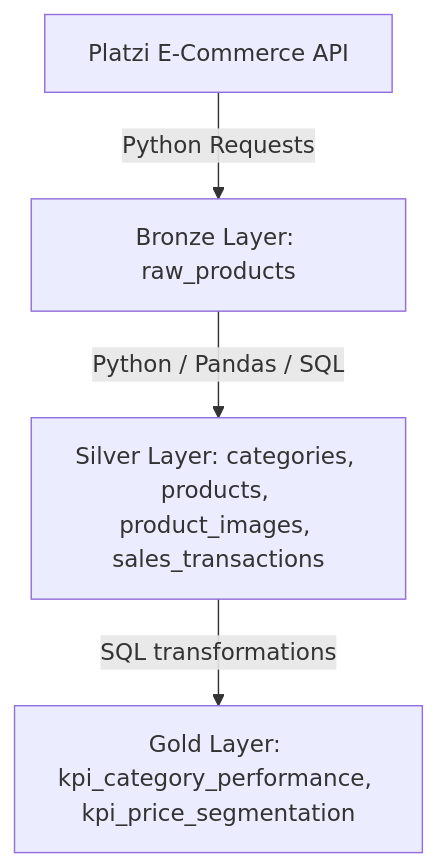
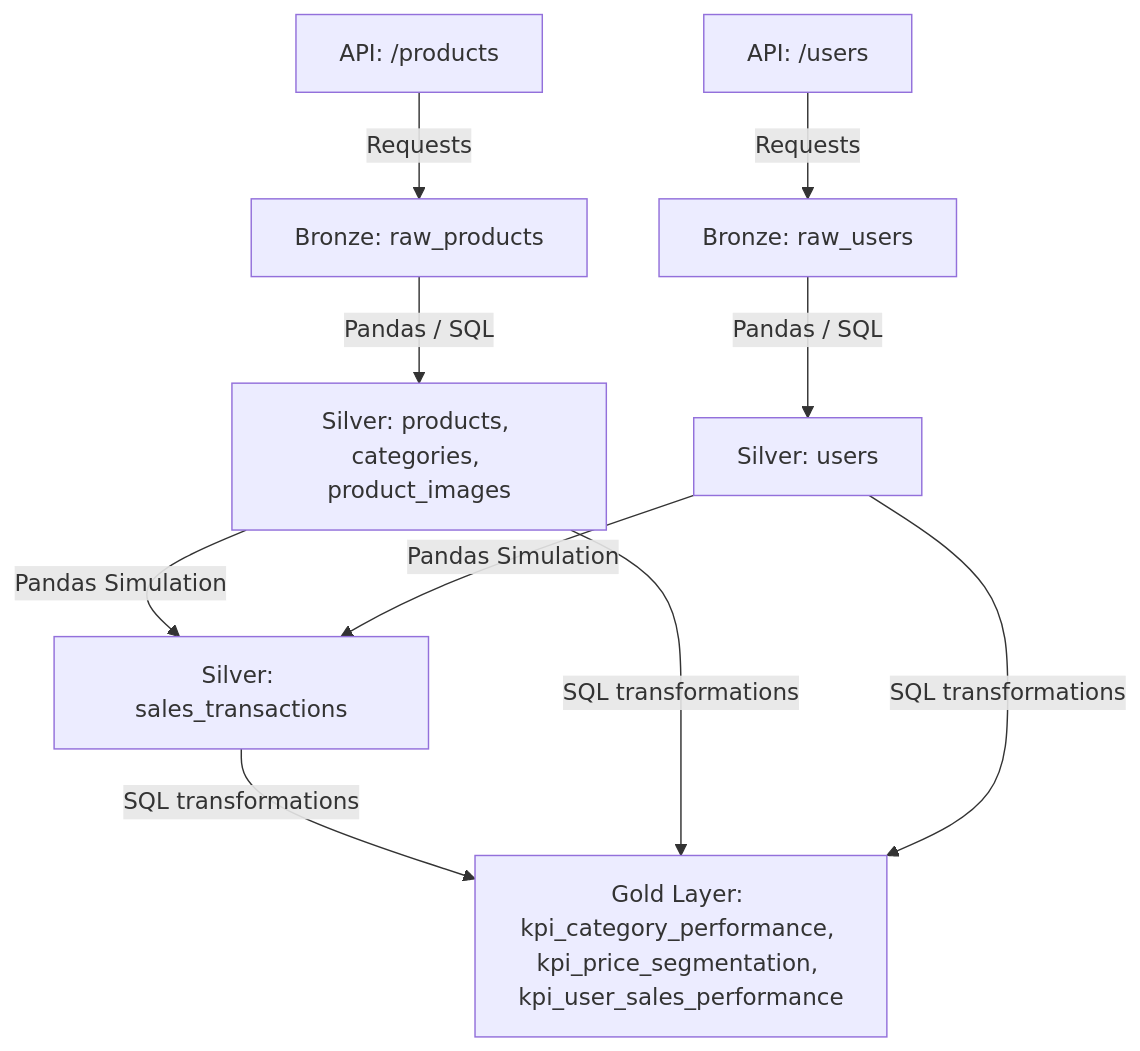
Before and after one commit to MFahadHussain/ecommerce-data-platform-medallion-architecture: the diagram in README.md, drawn with Mermaid. The commit also changed other lines of this file and 13 other files, not shown here.

````diff
--- a/README.md
+++ b/README.md
@@ -7,6 +7,12 @@
 ```mermaid
 graph TD
-    API[Platzi E-Commerce API] -->|Python Requests| Bronze[Bronze Layer: raw_products]
-    Bronze -->|Python / Pandas / SQL| Silver[Silver Layer: categories, products, product_images, sales_transactions]
-    Silver -->|SQL transformations| Gold[Gold Layer: kpi_category_performance, kpi_price_segmentation]
+    API_Products[API: /products] -->|Requests| Bronze_Products[Bronze: raw_products]
+    API_Users[API: /users] -->|Requests| Bronze_Users[Bronze: raw_users]
+    
+    Bronze_Products -->|Pandas / SQL| Silver_Products[Silver: products, categories, product_images]
+    Bronze_Users -->|Pandas / SQL| Silver_Users[Silver: users]
+    
+    Silver_Products & Silver_Users -->|Pandas Simulation| Silver_Sales[Silver: sales_transactions]
+    
+    Silver_Sales & Silver_Products & Silver_Users -->|SQL transformations| Gold[Gold Layer: kpi_category_performance, kpi_price_segmentation, kpi_user_sales_performance]
 ```
````
